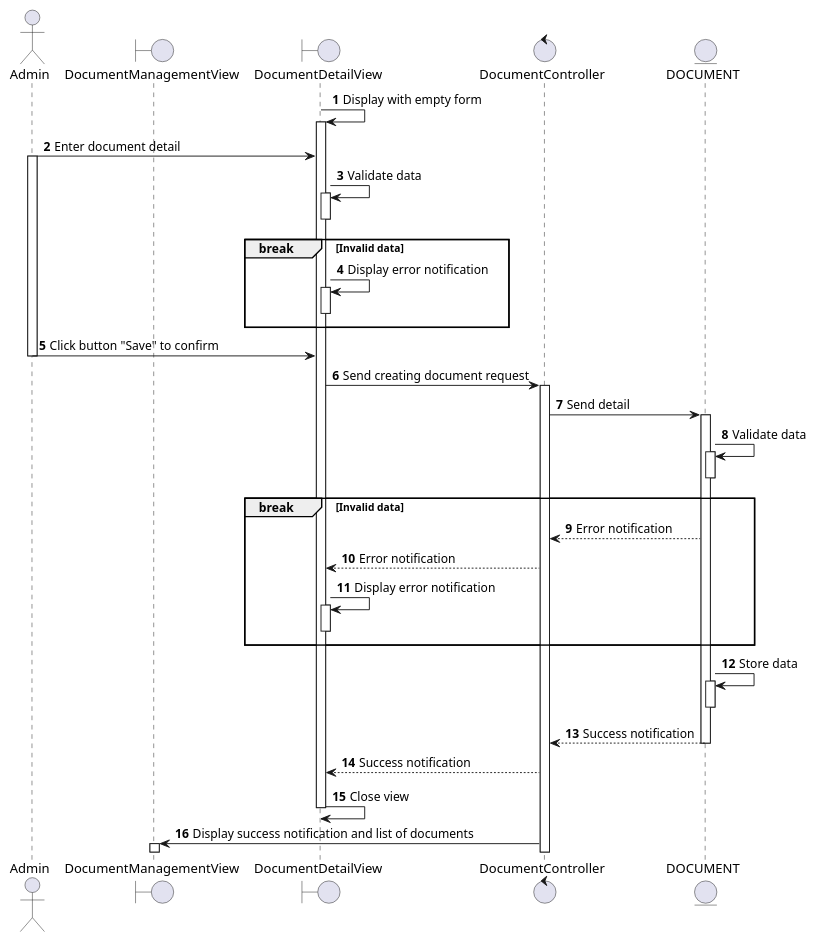
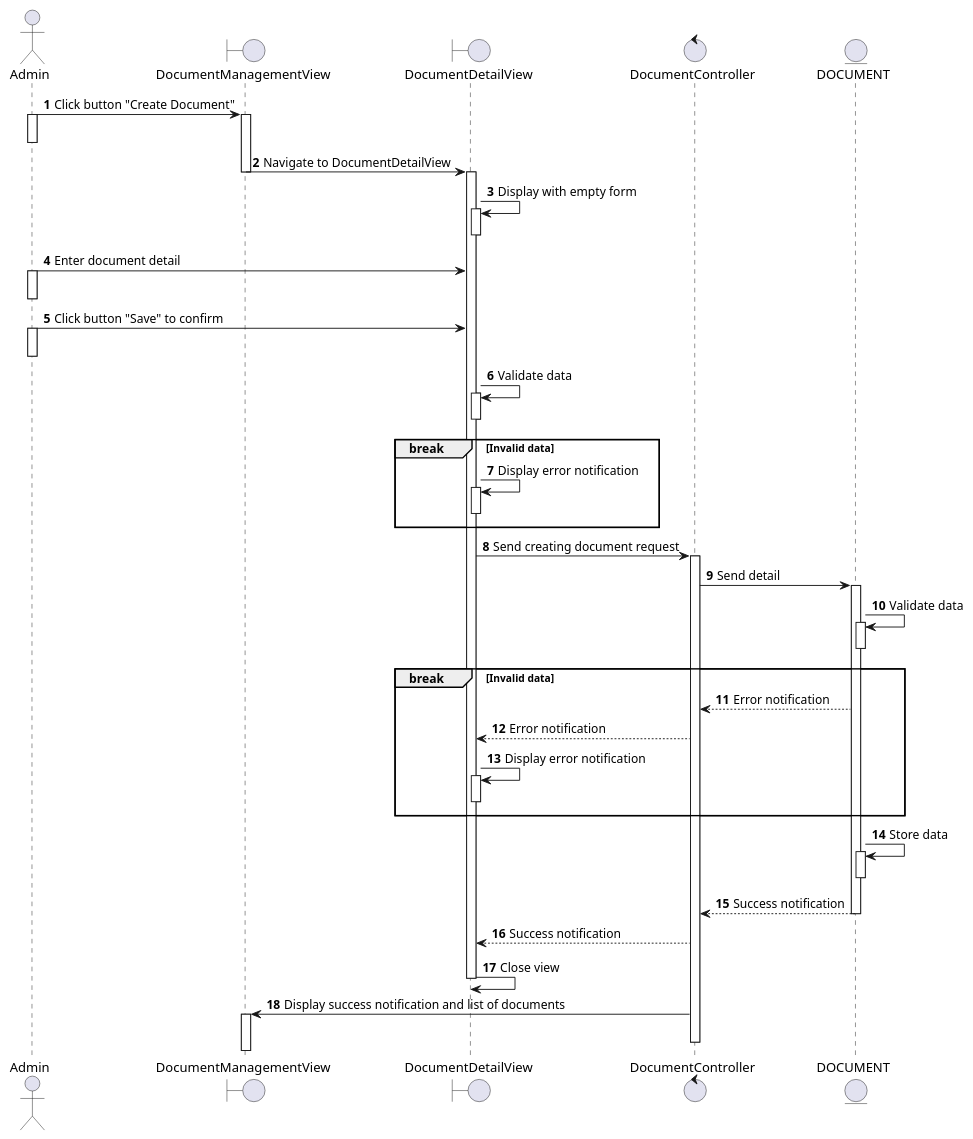
One commit to electricilies/electricilies.github.io changed the diagram in docs/software-docs/sequence/adjust-document/create-document.md. Above: the diagram before and after it, drawn with PlantUML. The commit also changed 16 other files, not shown here.

Commit message:
refactor: sequence diagrams start from user side, and some minor

````diff
--- a/docs/software-docs/sequence/adjust-document/create-document.md
+++ b/docs/software-docs/sequence/adjust-document/create-document.md
@@ -3,51 +3,62 @@
 ```plantuml
 @startuml
 autonumber
 
 actor Admin as A
 boundary DocumentManagementView as DMV
 boundary DocumentDetailView as DDV
 control DocumentController as DC
 entity DOCUMENT as D
 
+A -> DMV: Click button "Create Document"
+activate A
+activate DMV
+deactivate A
+DMV -> DDV: Navigate to DocumentDetailView
+deactivate DMV
+activate DDV
 DDV -> DDV: Display with empty form
 activate DDV
+deactivate DDV
 A -> DDV: Enter document detail
 activate A
+deactivate A
+A -> DDV: Click button "Save" to confirm
+activate A
+deactivate A
 DDV -> DDV: Validate data
 activate DDV
 deactivate DDV
 break Invalid data
   DDV -> DDV: Display error notification
   activate DDV
   deactivate DDV
 end
-A -> DDV: Click button "Save" to confirm
-deactivate A
 DDV -> DC: Send creating document request
 activate DC
 DC -> D: Send detail
 activate D
 D -> D: Validate data
 activate D
 deactivate D
 break Invalid data
   DC <-- D: Error notification
   DDV <-- DC: Error notification
   DDV -> DDV: Display error notification
   activate DDV
   deactivate DDV
 end
 D -> D: Store data
 activate D
 deactivate D
 DC <-- D: Success notification
 deactivate D
 DDV <-- DC: Success notification
 DDV -> DDV: Close view
 deactivate DDV
 DMV <- DC: Display success notification and list of documents
 activate DMV
+deactivate DC
 
 @enduml
 ```
````
